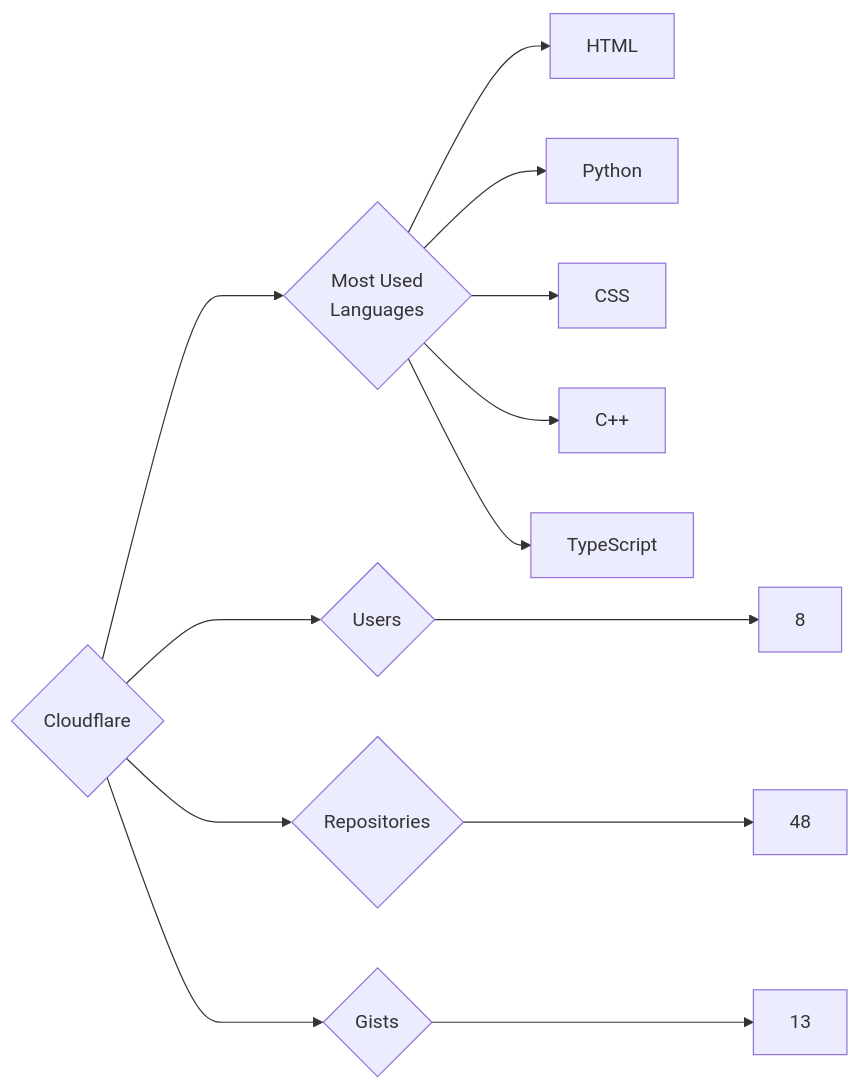
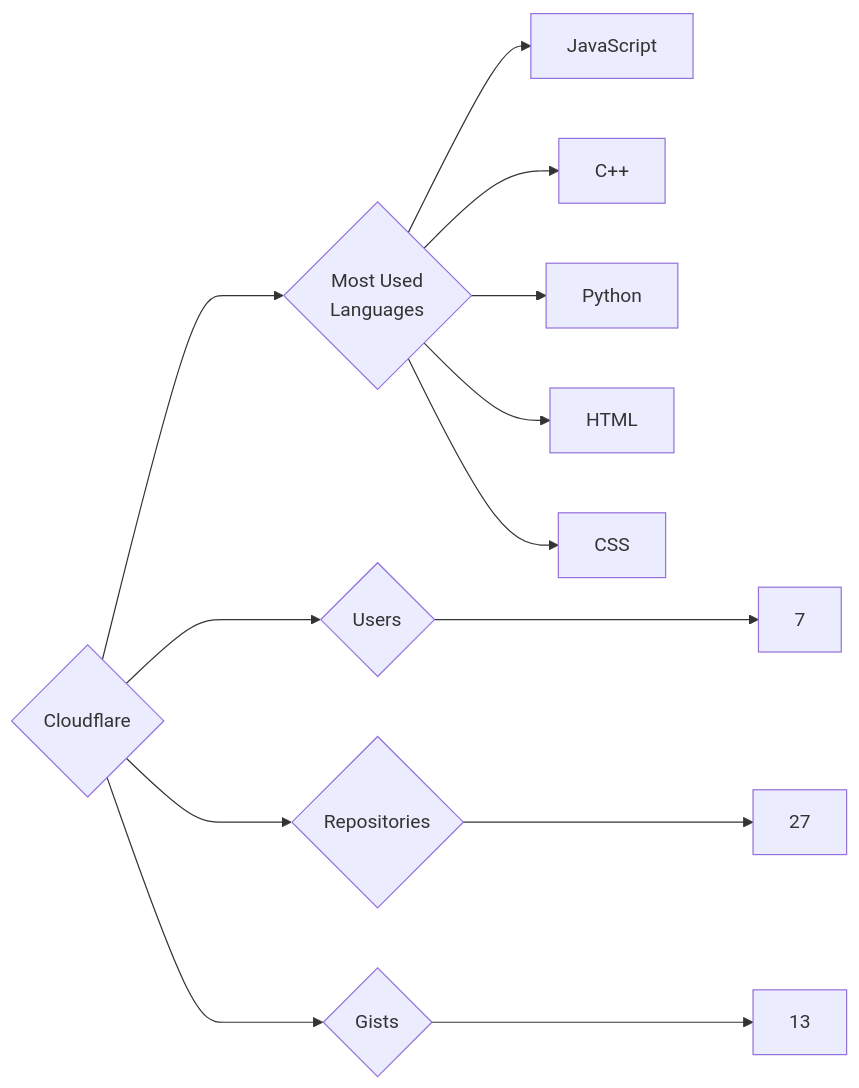
One commit to trickest/insiders changed the diagram in targets/Cloudflare/README.md. Above: the diagram before and after it, drawn with Mermaid. The commit also changed 880 other files, not shown here.

````diff
--- a/targets/Cloudflare/README.md
+++ b/targets/Cloudflare/README.md
@@ -3,13 +3,13 @@
 ```mermaid
 graph LR
 COMPANY_NAME{Cloudflare}
-COMPANY_NAME ---> U{Users} ---> UN[8]
-COMPANY_NAME ---> R{Repositories} ---> RN[48]
+COMPANY_NAME ---> U{Users} ---> UN[7]
+COMPANY_NAME ---> R{Repositories} ---> RN[27]
 COMPANY_NAME ---> G{Gists} ---> GN[13]
 COMPANY_NAME ---> ML{Most Used<br>Languages}
+ML --> JavaScript[JavaScript]
+ML --> C++[C++]
+ML --> Python[Python]
 ML --> HTML[HTML]
-ML --> Python[Python]
 ML --> CSS[CSS]
-ML --> C++[C++]
-ML --> TypeScript[TypeScript]
 ```
````
